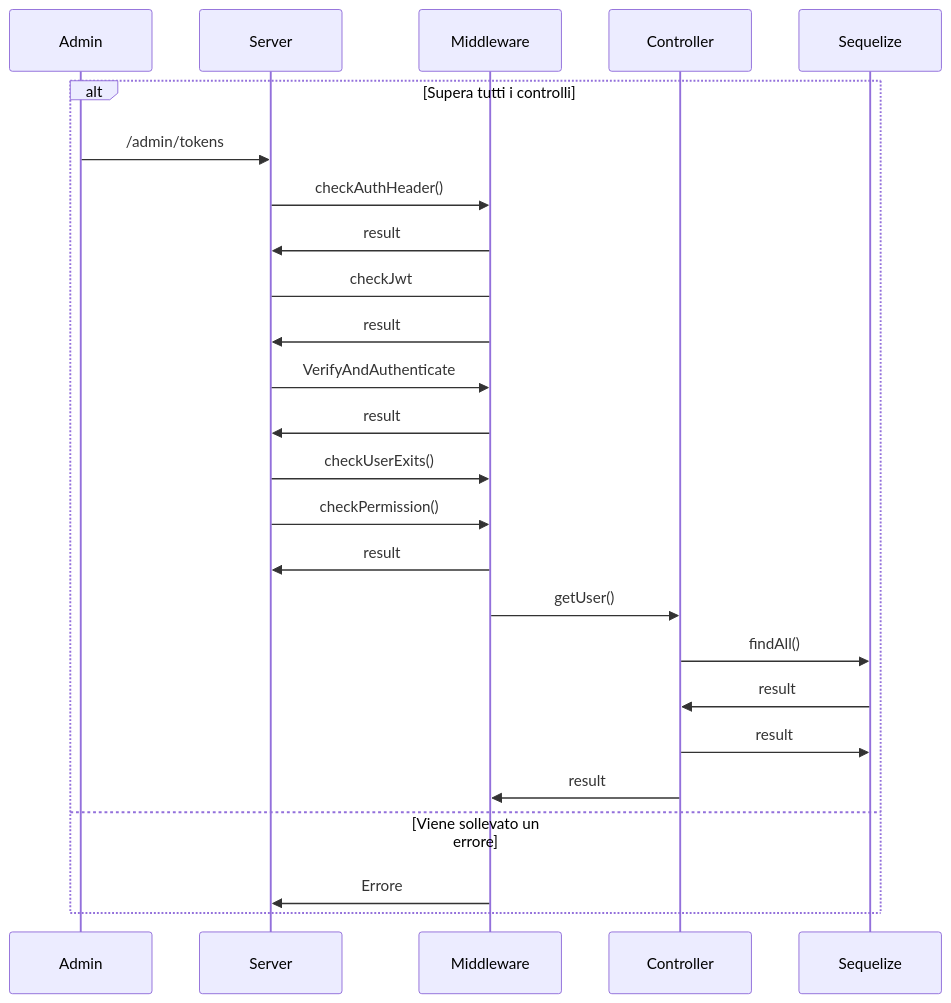
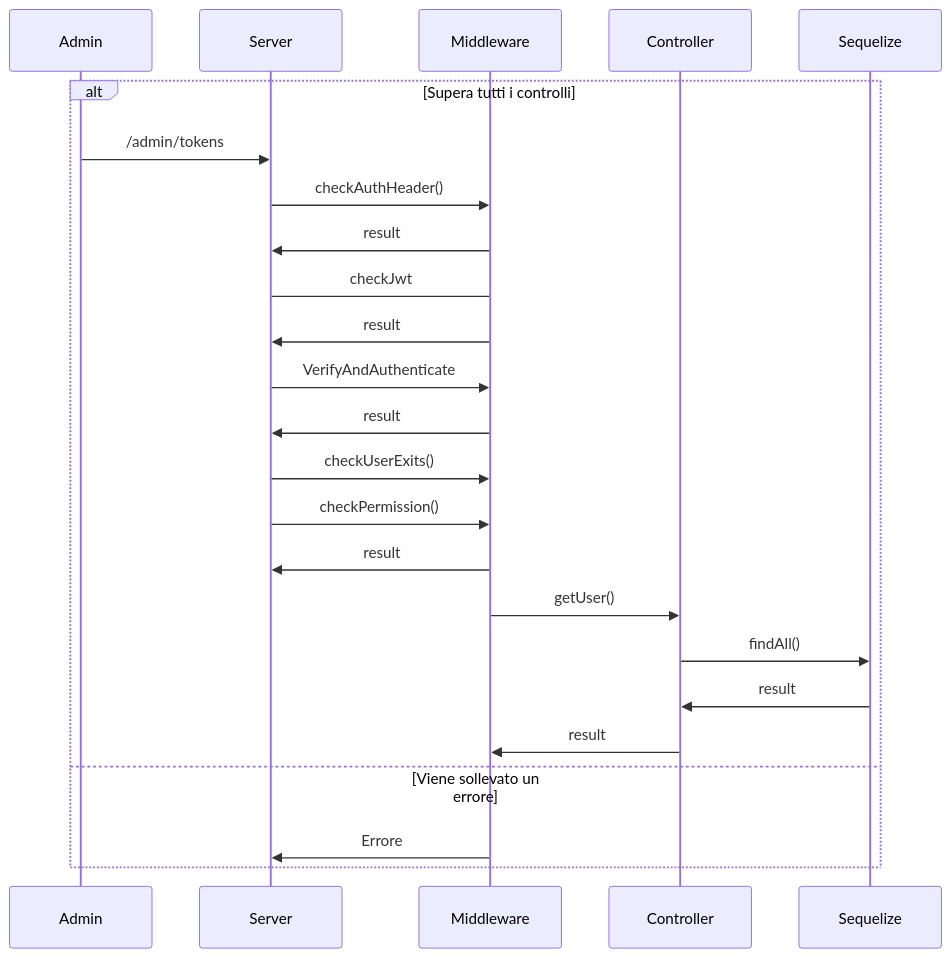
One commit to AgneseBruglia/PA2024 changed the fifth of 7 diagrams in README.md. Above: the diagram before and after it, drawn with Mermaid.

````diff
--- a/README.md
+++ b/README.md
@@ -262,22 +262,21 @@
 ```mermaid
 sequenceDiagram
     alt Supera tutti i controlli
         Admin->>Server: /admin/tokens
         Server->>Middleware: checkAuthHeader()
         Middleware->>Server: result
         Server->Middleware: checkJwt
         Middleware->>Server: result
         Server->>Middleware: VerifyAndAuthenticate 
         Middleware->>Server: result
         Server->>Middleware: checkUserExits()
         Server->>Middleware: checkPermission()
         Middleware->>Server: result 
         Middleware->>Controller: getUser()
         Controller->>Sequelize: findAll()
         Sequelize->>Controller: result
-        Controller->>Sequelize: result
         Controller->>Middleware: result
     else Viene sollevato un errore
         Middleware->>Server: Errore
     end
 ```
````
